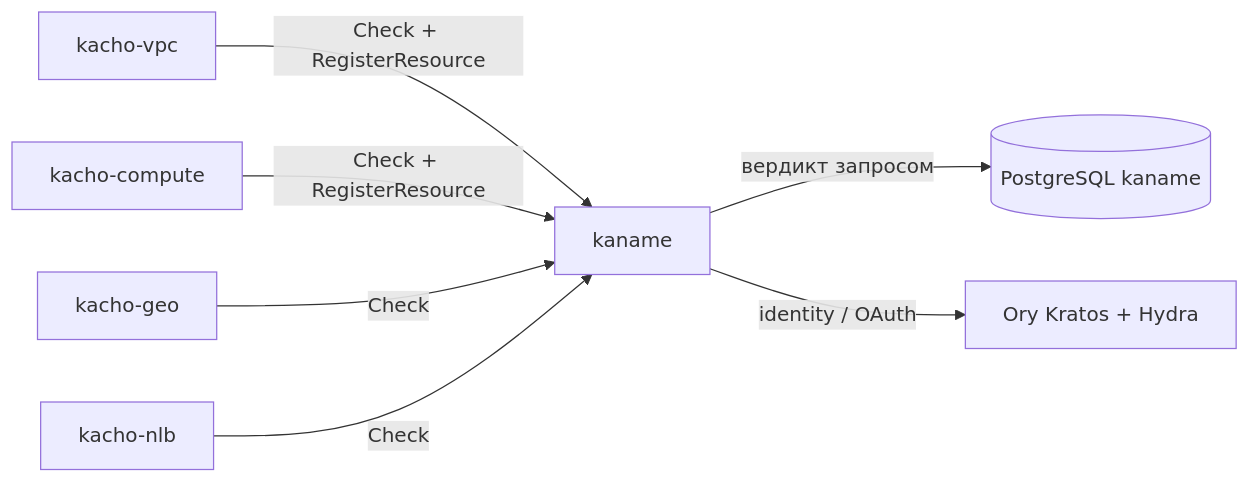
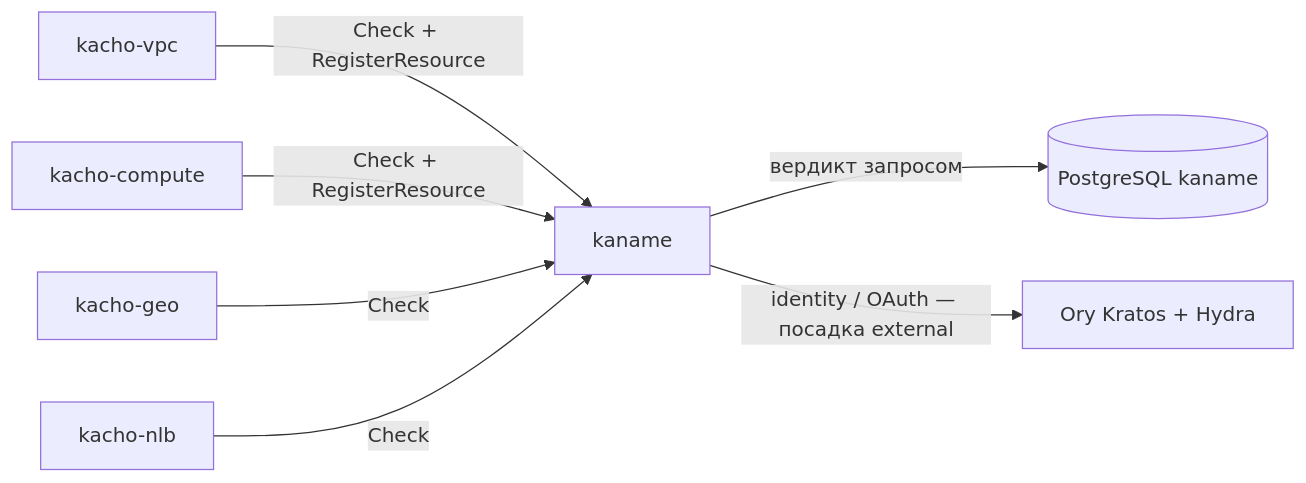
The second of 2 diagrams in docs/content/architecture/overview.mdx (PRO-Robotech/kaname), drawn with Mermaid before and after one commit. The commit also changed other lines of this file and 9 other files, not shown here.

````diff
--- a/docs/content/architecture/overview.mdx
+++ b/docs/content/architecture/overview.mdx
@@ -121,9 +124,9 @@
 ```mermaid
 flowchart LR
   vpc["kacho-vpc"] -->|"Check + RegisterResource"| iam["kaname"]
   cmp["kacho-compute"] -->|"Check + RegisterResource"| iam
   geo["kacho-geo"] -->|"Check"| iam
   nlb["kacho-nlb"] -->|"Check"| iam
   iam -->|"вердикт запросом"| pg[("PostgreSQL kaname")]
-  iam -->|"identity / OAuth"| ory["Ory Kratos + Hydra"]
+  iam -->|"identity / OAuth — посадка external"| ory["Ory Kratos + Hydra"]
 ```
````
